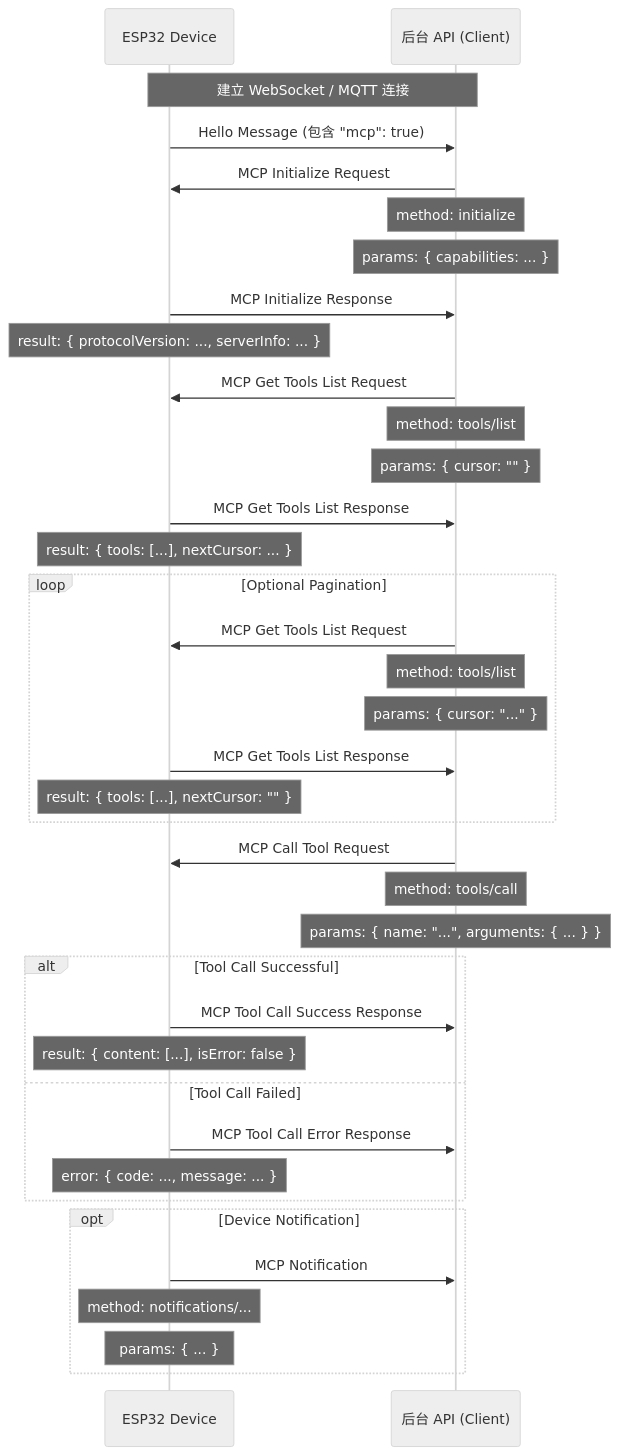
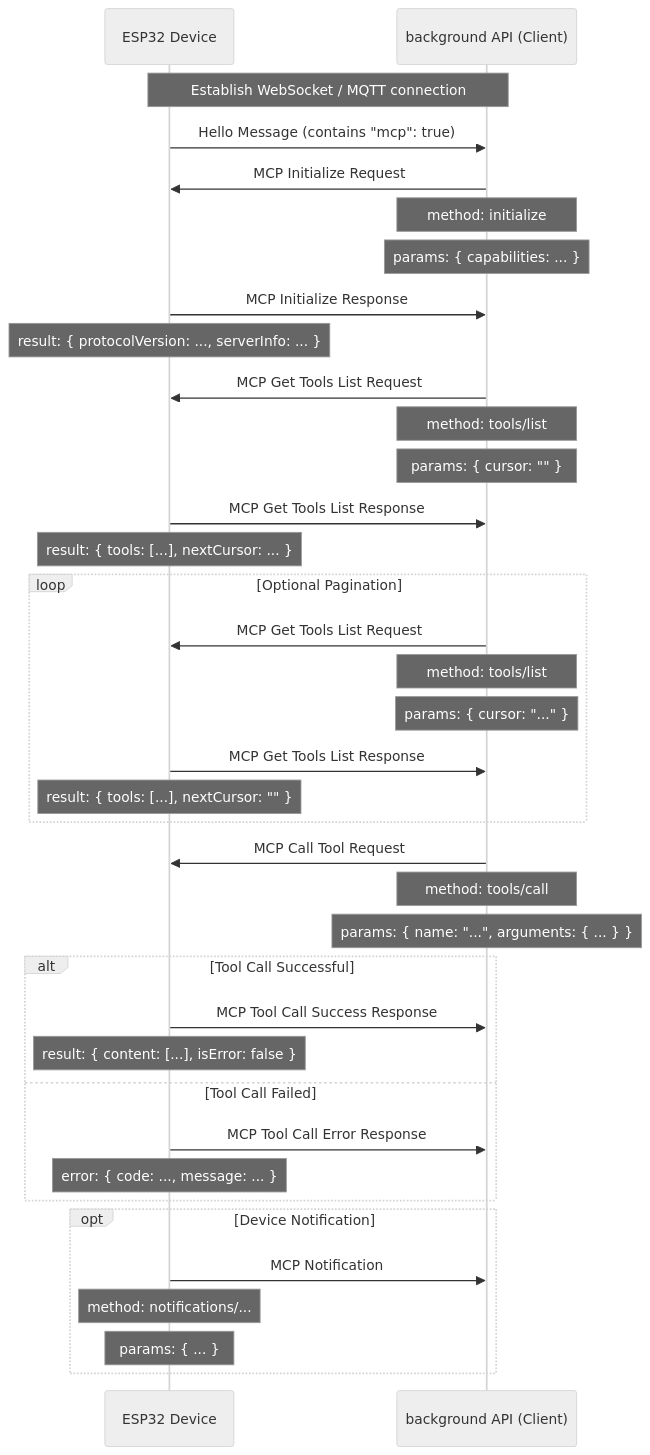
One commit to 78/xiaozhi-esp32 changed the diagram in docs/mcp-protocol.md. Above: the diagram before and after it, drawn with Mermaid (neutral theme). The commit also changed other lines of this file and 4 other files, not shown here.

````diff
--- a/docs/mcp-protocol.md
+++ b/docs/mcp-protocol.md
@@ -219,49 +219,49 @@
 ```mermaid
 sequenceDiagram
     participant Device as ESP32 Device
-    participant BackendAPI as 后台 API (Client)
+    participant BackendAPI as background API (Client)
 
-    Note over Device, BackendAPI: 建立 WebSocket / MQTT 连接
+    Note over Device, BackendAPI: Establish WebSocket / MQTT connection
 
-    Device->>BackendAPI: Hello Message (包含 "mcp": true)
+    Device->>BackendAPI: Hello Message (contains "mcp": true)
 
     BackendAPI->>Device: MCP Initialize Request
     Note over BackendAPI: method: initialize
     Note over BackendAPI: params: { capabilities: ... }
 
     Device->>BackendAPI: MCP Initialize Response
     Note over Device: result: { protocolVersion: ..., serverInfo: ... }
 
     BackendAPI->>Device: MCP Get Tools List Request
     Note over BackendAPI: method: tools/list
     Note over BackendAPI: params: { cursor: "" }
 
     Device->>BackendAPI: MCP Get Tools List Response
     Note over Device: result: { tools: [...], nextCursor: ... }
 
     loop Optional Pagination
         BackendAPI->>Device: MCP Get Tools List Request
         Note over BackendAPI: method: tools/list
         Note over BackendAPI: params: { cursor: "..." }
         Device->>BackendAPI: MCP Get Tools List Response
         Note over Device: result: { tools: [...], nextCursor: "" }
     end
 
     BackendAPI->>Device: MCP Call Tool Request
     Note over BackendAPI: method: tools/call
     Note over BackendAPI: params: { name: "...", arguments: { ... } }
 
     alt Tool Call Successful
         Device->>BackendAPI: MCP Tool Call Success Response
         Note over Device: result: { content: [...], isError: false }
     else Tool Call Failed
         Device->>BackendAPI: MCP Tool Call Error Response
         Note over Device: error: { code: ..., message: ... }
     end
 
     opt Device Notification
         Device->>BackendAPI: MCP Notification
         Note over Device: method: notifications/...
         Note over Device: params: { ... }
     end
 ```
````
